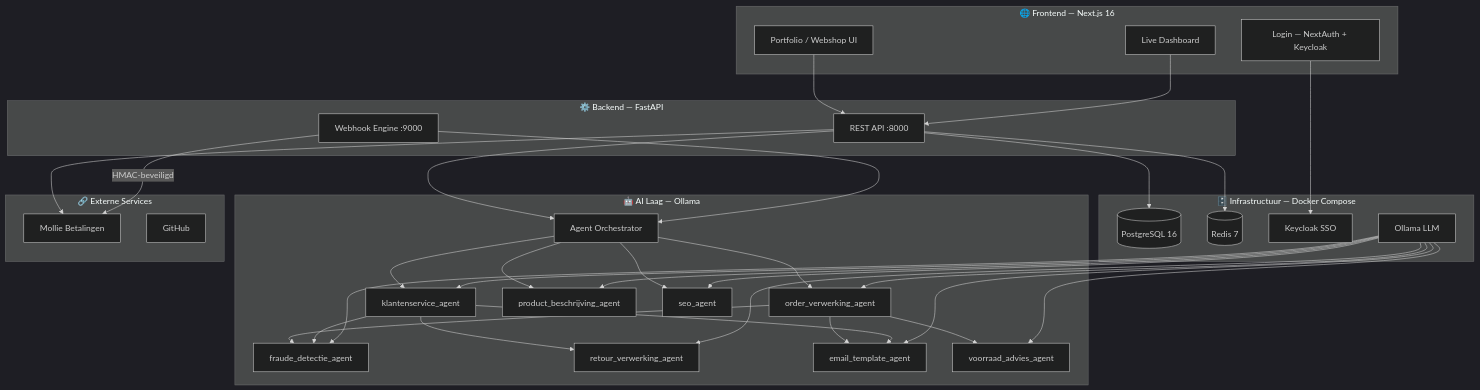
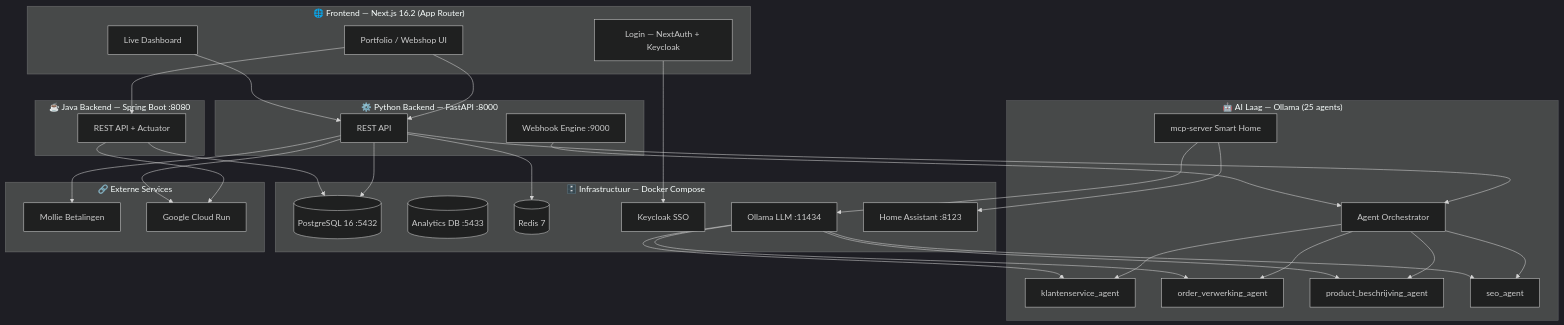
The first of 2 diagrams in README.md (koenvorster/Personal_project_VorstersNV), drawn with Mermaid (dark theme) before and after one commit. The commit also changed other lines of this file and 2 other files, not shown here.

First line of the commit message:
docs: update README, CLAUDE.md and add agents/README.md based on architect review

````diff
--- a/README.md
+++ b/README.md
@@ -178,51 +180,57 @@
 ```mermaid
 graph TB
-    subgraph Frontend["🌐 Frontend — Next.js 16"]
+    subgraph Frontend["🌐 Frontend — Next.js 16.2 (App Router)"]
         UI[Portfolio / Webshop UI]
         DASH[Live Dashboard]
         LOGIN[Login — NextAuth + Keycloak]
     end
 
-    subgraph Backend["⚙️ Backend — FastAPI"]
-        API[REST API :8000]
+    subgraph PythonBackend["⚙️ Python Backend — FastAPI :8000"]
+        API[REST API]
         WH[Webhook Engine :9000]
     end
 
-    subgraph AI["🤖 AI Laag — Ollama"]
+    subgraph JavaBackend["☕ Java Backend — Spring Boot :8080"]
+        JAPI[REST API + Actuator]
+    end
+
+    subgraph AI["🤖 AI Laag — Ollama (25 agents)"]
         ORCH[Agent Orchestrator]
         KS[klantenservice_agent]
         OV[order_verwerking_agent]
         PB[product_beschrijving_agent]
         SEO[seo_agent]
-        FD[fraude_detectie_agent]
-        RV[retour_verwerking_agent]
-        ET[email_template_agent]
-        VA[voorraad_advies_agent]
+        MCP[mcp-server Smart Home]
     end
 
     subgraph Infra["🗄️ Infrastructuur — Docker Compose"]
-        PG[(PostgreSQL 16)]
+        PG[(PostgreSQL 16 :5432)]
+        PG2[(Analytics DB :5433)]
         RD[(Redis 7)]
         KC[Keycloak SSO]
-        OL[Ollama LLM]
+        OL[Ollama LLM :11434]
+        HA[Home Assistant :8123]
     end
 
     subgraph External["🔗 Externe Services"]
         MOLLIE[Mollie Betalingen]
-        GH[GitHub]
+        GCP[Google Cloud Run]
     end
 
     UI --> API
+    UI --> JAPI
     DASH --> API
     LOGIN --> KC
     API --> PG
     API --> RD
     API --> ORCH
+    JAPI --> PG
     WH --> ORCH
     ORCH --> KS & OV & PB & SEO
-    OV --> FD & ET & VA
-    KS --> RV & ET & FD
-    OL --> KS & OV & PB & SEO & FD & RV & ET & VA
+    OL --> KS & OV & PB & SEO
+    MCP --> HA
+    MCP --> OL
     API --> MOLLIE
-    WH --> |"HMAC-beveiligd"| MOLLIE
+    JAPI --> GCP
+    API --> GCP
 ```
````
